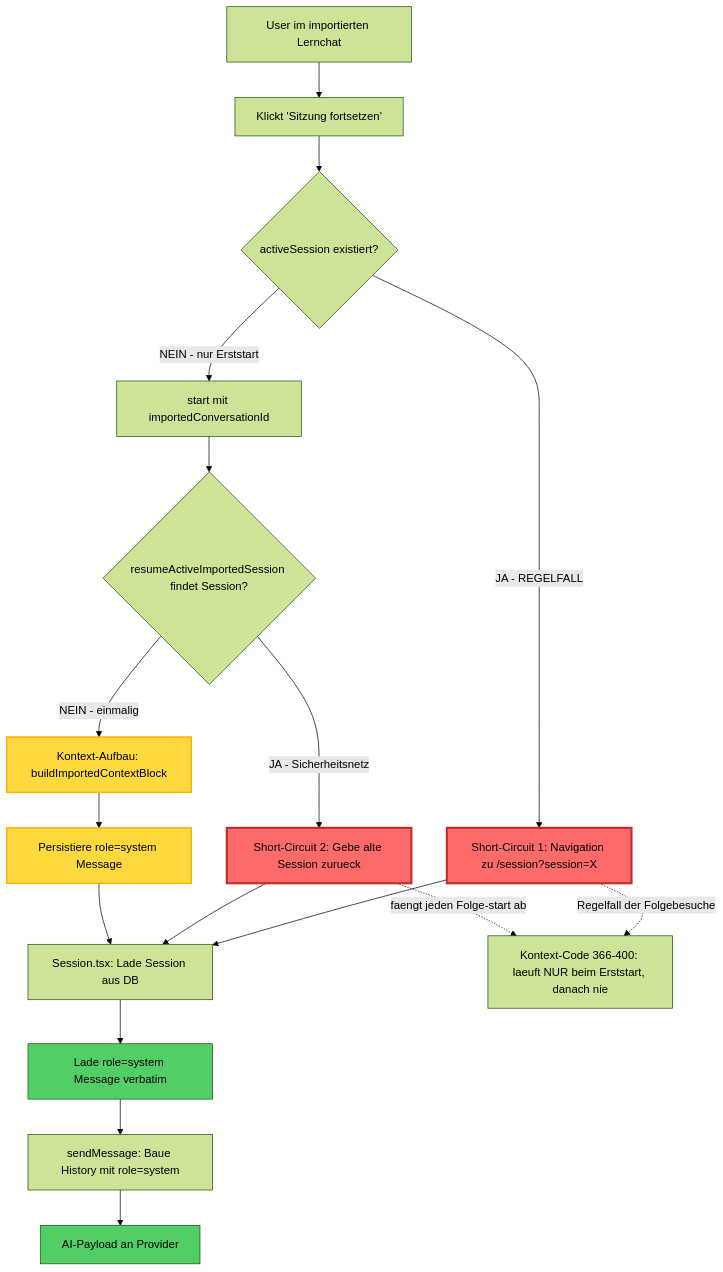
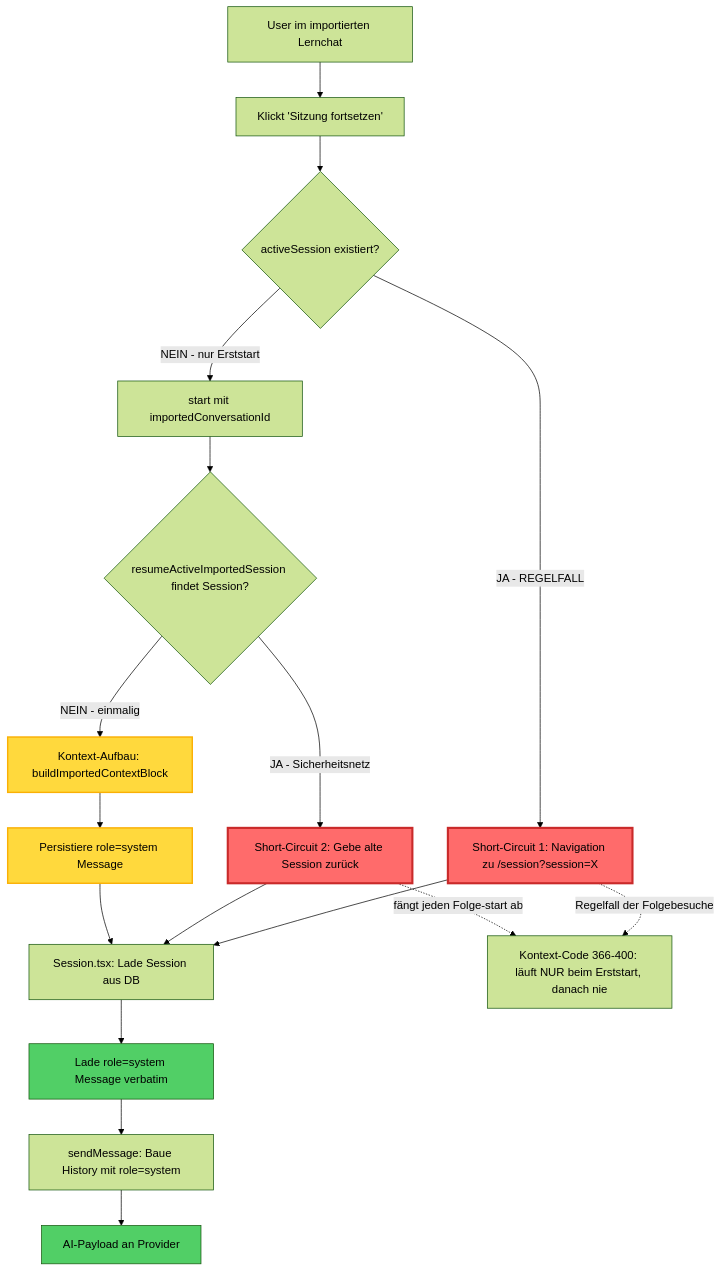
The first of 2 diagrams in docs/frozen-prompt-analysis.md (astrapi69/adaptive-learner), drawn with Mermaid (forest theme) before and after one commit. The commit also changed other lines of this file, not shown here.

````diff
--- a/docs/frozen-prompt-analysis.md
+++ b/docs/frozen-prompt-analysis.md
@@ -40,27 +40,27 @@
 ```mermaid
 graph TD
     A[User im importierten Lernchat] --> B[Klickt 'Sitzung fortsetzen']
     B --> C{activeSession existiert?}
     C -->|JA - REGELFALL| D[Short-Circuit 1: Navigation zu /session?session=X]
     C -->|NEIN - nur Erststart| E["start mit importedConversationId"]
     D --> F[Session.tsx: Lade Session aus DB]
     E --> G{resumeActiveImportedSession findet Session?}
-    G -->|JA - Sicherheitsnetz| H[Short-Circuit 2: Gebe alte Session zurueck]
+    G -->|JA - Sicherheitsnetz| H[Short-Circuit 2: Gebe alte Session zurück]
     G -->|NEIN - einmalig| I[Kontext-Aufbau: buildImportedContextBlock]
     H --> F
     I --> J[Persistiere role=system Message]
     J --> F
     F --> K[Lade role=system Message verbatim]
     K --> L[sendMessage: Baue History mit role=system]
     L --> M[AI-Payload an Provider]
 
     style D fill:#ff6b6b,stroke:#c92a2a,stroke-width:3px,color:#000
     style H fill:#ff6b6b,stroke:#c92a2a,stroke-width:3px,color:#000
     style I fill:#ffd93d,stroke:#fab005,stroke-width:2px,color:#000
     style J fill:#ffd93d,stroke:#fab005,stroke-width:2px,color:#000
     style K fill:#51cf66,color:#000
     style M fill:#51cf66,color:#000
 
-    D -.->|Regelfall der Folgebesuche| N[Kontext-Code 366-400: laeuft NUR beim Erststart, danach nie]
-    H -.->|faengt jeden Folge-start ab| N
+    D -.->|Regelfall der Folgebesuche| N[Kontext-Code 366-400: läuft NUR beim Erststart, danach nie]
+    H -.->|fängt jeden Folge-start ab| N
 ```
````
